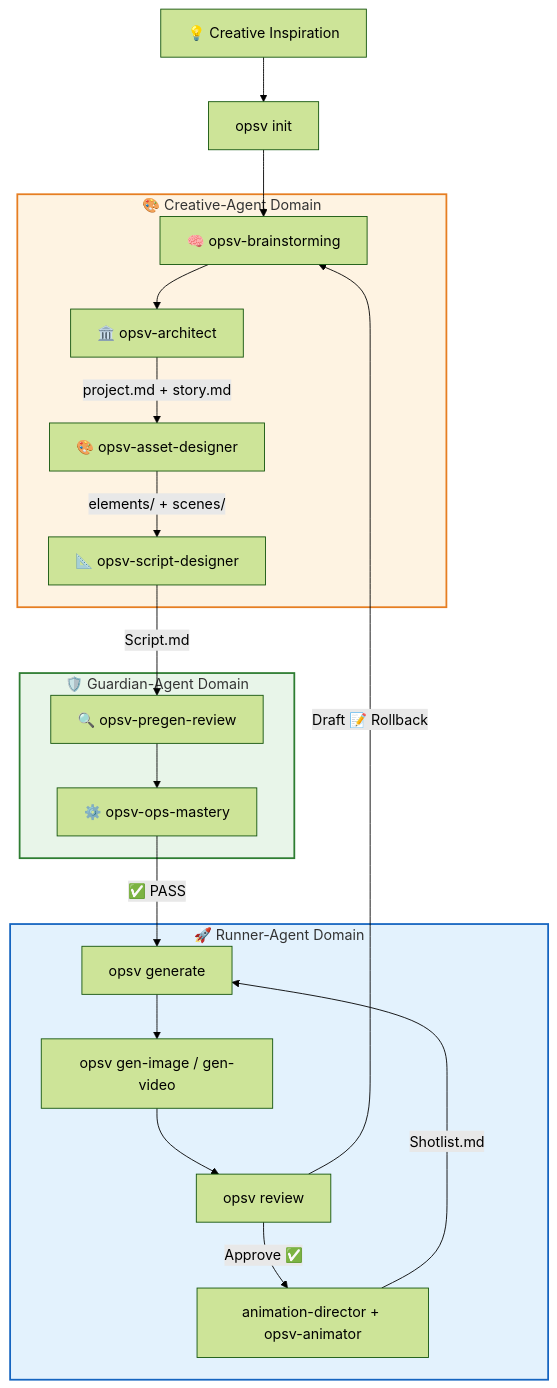
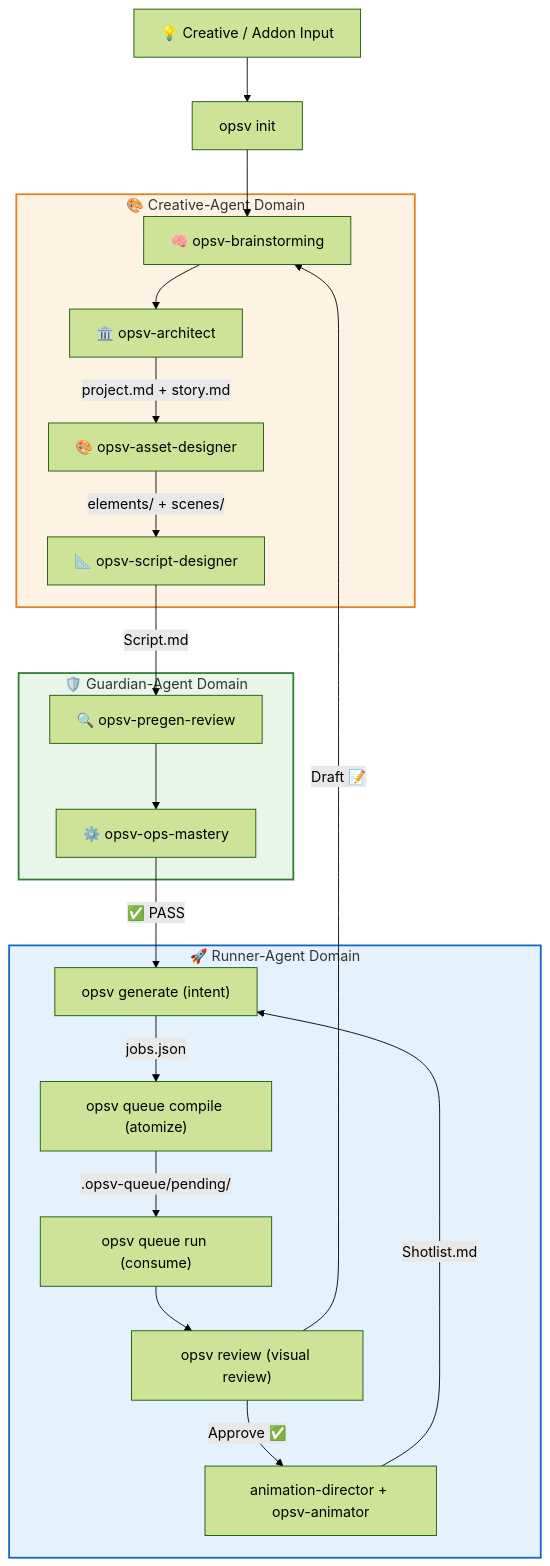
The diagram in docs/en/02-WORKFLOW.md (mr7thing/openspec-video), drawn with Mermaid (forest theme) before and after one commit. The commit also changed other lines of this file and 17 other files, not shown here.

Commit message:
feat: upgrade to v0.6.0 with Spooler Queue architecture and comprehensive documentation suite

````diff
--- a/docs/en/02-WORKFLOW.md
+++ b/docs/en/02-WORKFLOW.md
@@ -9,44 +9,45 @@
 ```mermaid
 flowchart TD
-    START["💡 Creative Inspiration"] --> INIT["opsv init"]
-
+    START["💡 Creative / Addon Input"] --> INIT["opsv init"]
+    
     subgraph Creative["🎨 Creative-Agent Domain"]
         BRAIN["🧠 opsv-brainstorming"]
         ARCH["🏛️ opsv-architect"]
         ASSET["🎨 opsv-asset-designer"]
         SCRIPT["📐 opsv-script-designer"]
-
+        
         BRAIN --> ARCH
         ARCH -->|"project.md + story.md"| ASSET
         ASSET -->|"elements/ + scenes/"| SCRIPT
     end
 
     INIT --> BRAIN
-
+    
     subgraph Guardian["🛡️ Guardian-Agent Domain"]
         PREGEN["🔍 opsv-pregen-review"]
         OPS["⚙️ opsv-ops-mastery"]
-
         PREGEN --> OPS
     end
 
     SCRIPT -->|"Script.md"| PREGEN
-
+    
     subgraph Runner["🚀 Runner-Agent Domain"]
-        GEN["opsv generate"]
-        RENDER["opsv gen-image / gen-video"]
-        REVIEW["opsv review"]
+        GEN["opsv generate (intent)"]
+        COMPILE["opsv queue compile (atomize)"]
+        RUN["opsv queue run (consume)"]
+        REVIEW["opsv review (visual review)"]
         ANIM["animation-director + opsv-animator"]
     end
 
     OPS -->|"✅ PASS"| GEN
-    GEN --> RENDER
-    RENDER --> REVIEW
+    GEN -->|"jobs.json"| COMPILE
+    COMPILE -->|".opsv-queue/pending/"| RUN
+    RUN --> REVIEW
     REVIEW -->|"Approve ✅"| ANIM
     ANIM -->|"Shotlist.md"| GEN
-    REVIEW -->|"Draft 📝 Rollback"| BRAIN
+    REVIEW -->|"Draft 📝"| BRAIN
 
     style Creative fill:#fef3e2,stroke:#e67e22,stroke-width:2px
     style Guardian fill:#e8f5e9,stroke:#2e7d32,stroke-width:2px
     style Runner fill:#e3f2fd,stroke:#1565c0,stroke-width:2px
 ```
````
